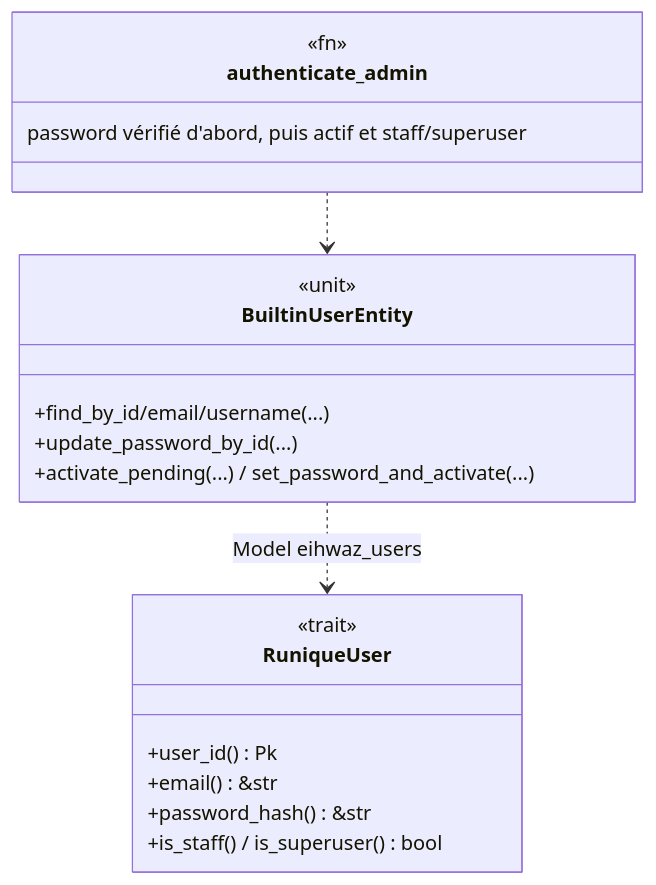
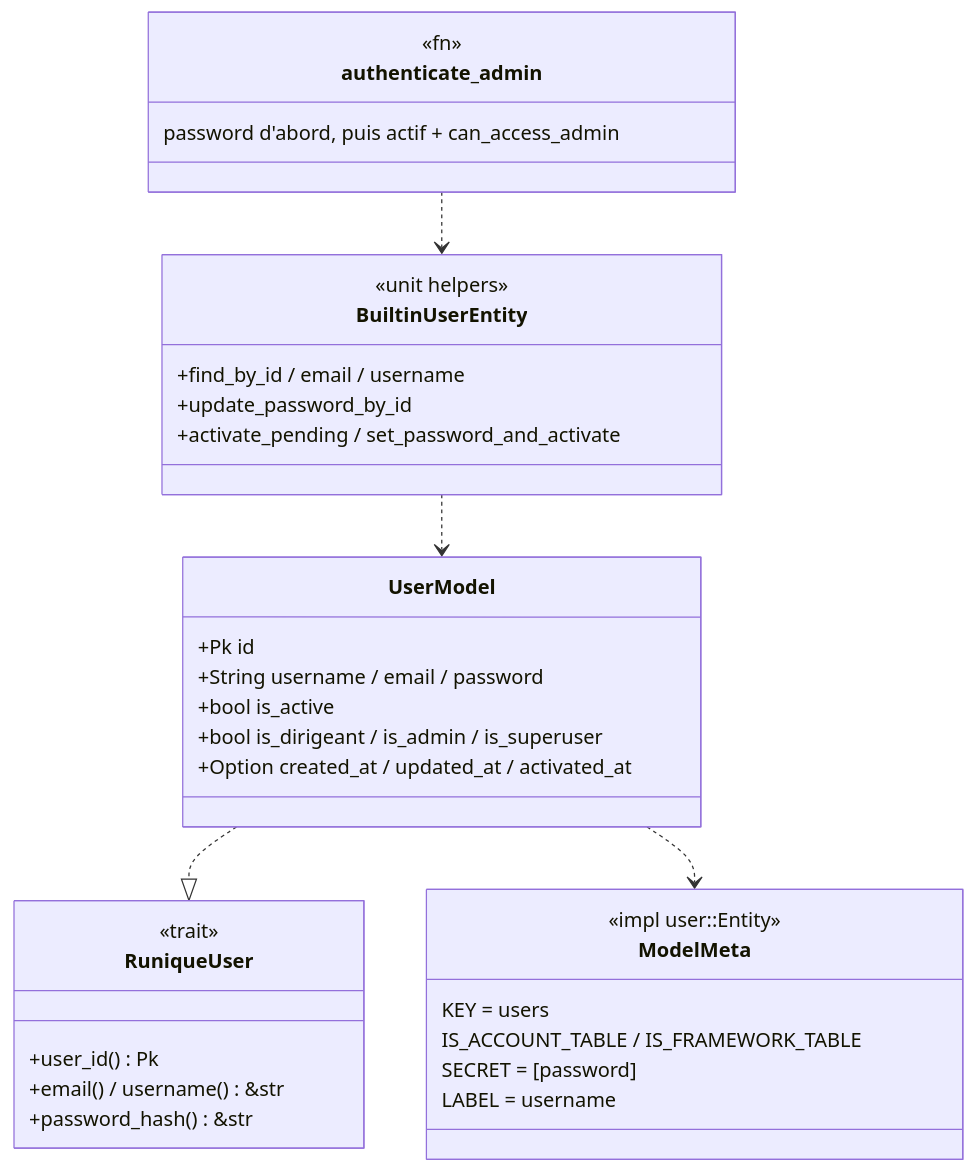
Before and after one commit to seb-alliot/runique: the first of 6 diagrams in diagramme/uml/auth/authentification.md, drawn with Mermaid. The commit also changed other lines of this file and 36 other files, not shown here.

````diff
--- a/diagramme/uml/auth/authentification.md
+++ b/diagramme/uml/auth/authentification.md
@@ -10,22 +11,37 @@
 ```mermaid
 classDiagram
     class RuniqueUser {
         <<trait>>
         +user_id() Pk
-        +email() &str
+        +email() / username() &str
         +password_hash() &str
-        +is_staff() / is_superuser() bool
+    }
+    class UserModel {
+        +Pk id
+        +String username / email / password
+        +bool is_active
+        +bool is_dirigeant / is_admin / is_superuser
+        +Option created_at / updated_at / activated_at
     }
     class BuiltinUserEntity {
-        <<unit>>
-        +find_by_id/email/username(...)
-        +update_password_by_id(...)
-        +activate_pending(...) / set_password_and_activate(...)
+        <<unit helpers>>
+        +find_by_id / email / username
+        +update_password_by_id
+        +activate_pending / set_password_and_activate
     }
     class authenticate_admin {
         <<fn>>
-        password vérifié d'abord, puis actif et staff/superuser
+        password d'abord, puis actif + can_access_admin
     }
+    class ModelMeta {
+        <<impl user::Entity>>
+        KEY = users
+        IS_ACCOUNT_TABLE / IS_FRAMEWORK_TABLE
+        SECRET = [password]
+        LABEL = username
+    }
+    UserModel ..|> RuniqueUser
+    BuiltinUserEntity ..> UserModel
     authenticate_admin ..> BuiltinUserEntity
-    BuiltinUserEntity ..> RuniqueUser : Model eihwaz_users
+    UserModel ..> ModelMeta
 ```
````
